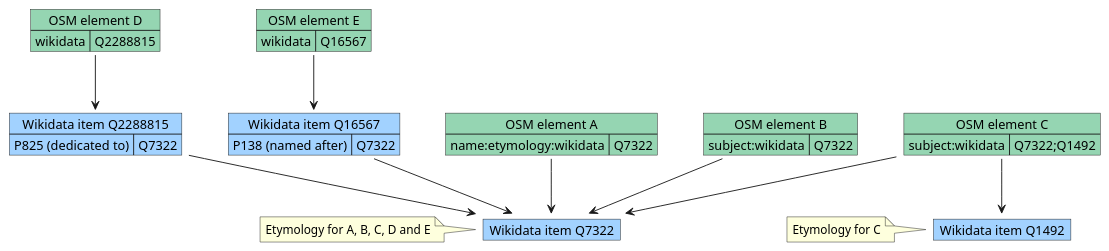
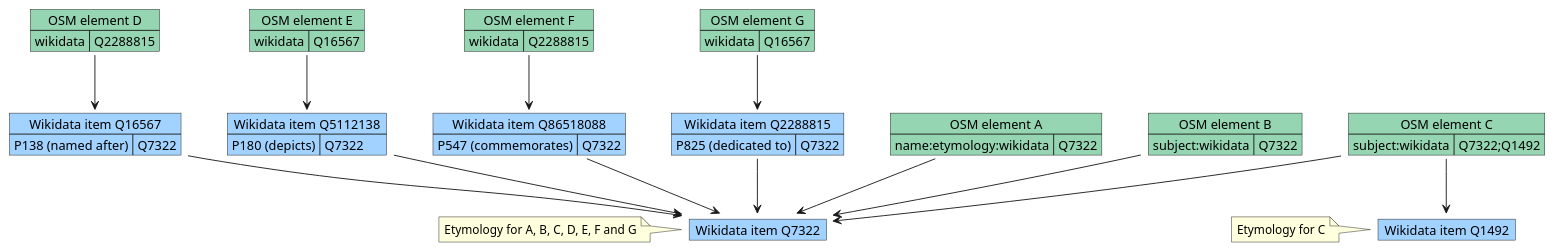
One commit to Danysan1/osm-wikidata-map-framework changed the first of 3 diagrams in CONTRIBUTING.md. Above: the diagram before and after it, drawn with PlantUML.

Commit message:
Update CONTRIBUTING

````diff
--- a/CONTRIBUTING.md
+++ b/CONTRIBUTING.md
@@ -42,42 +42,63 @@
 ```plantuml
 @startuml
 map "Wikidata item Q7322" as wikia #a2d2ff {
 
 }
 map "Wikidata item Q1492" as wikib #a2d2ff {
 
 }
-map "Wikidata item Q2288815" as wikic #a2d2ff {
+
+map "Wikidata item Q16567" as wikic #a2d2ff {
+  P138 (named after) => Q7322
+}
+map "Wikidata item Q5112138" as wikid #a2d2ff {
+  P180 (depicts) => Q7322
+}
+map "Wikidata item Q86518088" as wikie #a2d2ff {
+  P547 (commemorates) => Q7322
+}
+map "Wikidata item Q2288815" as wikif #a2d2ff {
   P825 (dedicated to) => Q7322
 }
-map "Wikidata item Q16567" as wikid #a2d2ff {
-  P138 (named after) => Q7322
-}
+
 map "OSM element A" as osma #95d5b2 {
   name:etymology:wikidata => Q7322
 }
 map "OSM element B" as osmb #95d5b2 {
   subject:wikidata => Q7322
 }
 map "OSM element C" as osmc #95d5b2 {
   subject:wikidata => Q7322;Q1492
 }
 map "OSM element D" as osmd #95d5b2 {
   wikidata => Q2288815
 }
 map "OSM element E" as osme #95d5b2 {
   wikidata => Q16567
 }
+map "OSM element F" as osmf #95d5b2 {
+  wikidata => Q2288815
+}
+map "OSM element G" as osmg #95d5b2 {
+  wikidata => Q16567
+}
 
 osma --> wikia
 osmb --> wikia
 osmc --> wikia
 osmc --> wikib
+
 osmd --> wikic
 osme --> wikid
+osmf --> wikie
+osmg --> wikif
+
 wikic --> wikia
 wikid --> wikia
-note left of wikia: Etymology for A, B, C, D and E
+wikie --> wikia
+wikif --> wikia
+
+note left of wikia: Etymology for A, B, C, D, E, F and G
 note left of wikib: Etymology for C
 @enduml
 ```
````
